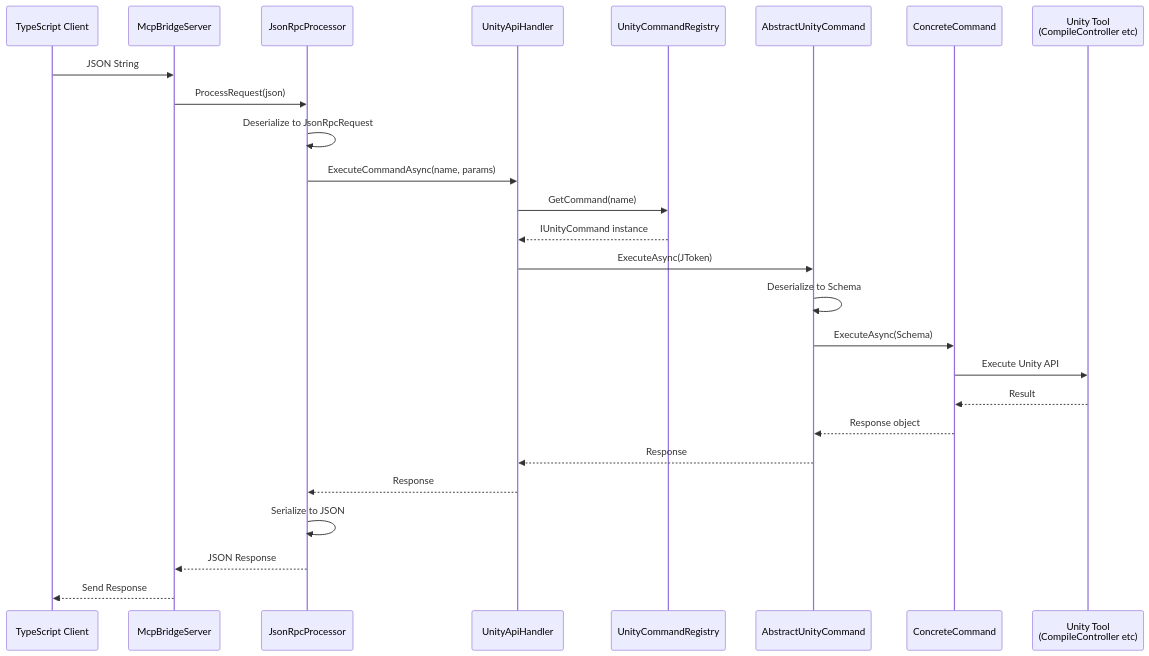
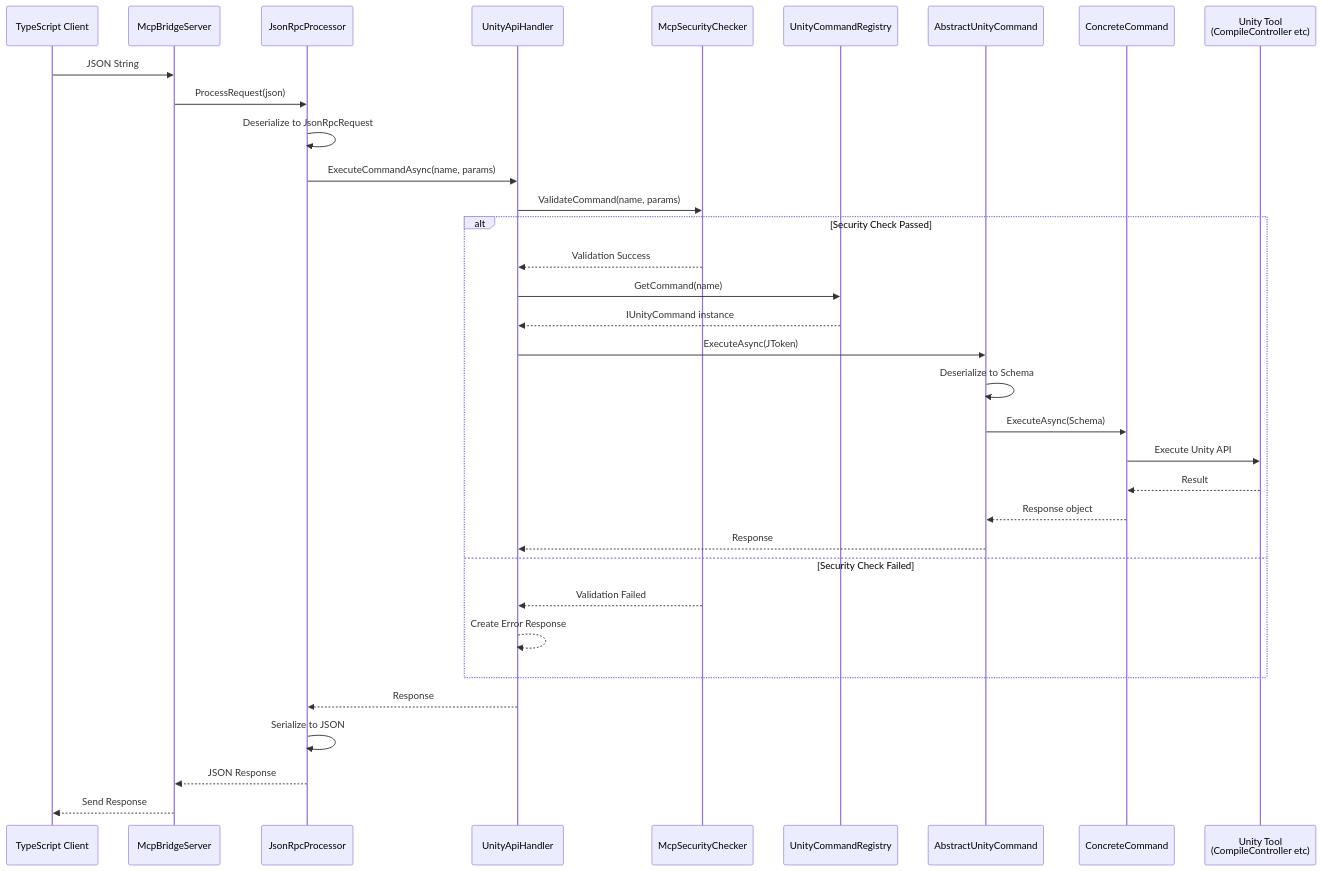
Before and after one commit to hatayama/uMCP: the fourth of 6 diagrams in Packages/src/Editor/ARCHITECTURE.md, drawn with Mermaid. The commit also changed other lines of this file and 3 other files, not shown here.

````diff
--- a/Packages/src/Editor/ARCHITECTURE.md
+++ b/Packages/src/Editor/ARCHITECTURE.md
@@ -307,29 +369,37 @@
 ```mermaid
 sequenceDiagram
     participant TS as TypeScript Client
     participant MB as McpBridgeServer
     participant JP as JsonRpcProcessor
     participant UA as UnityApiHandler
+    participant SC as McpSecurityChecker
     participant UR as UnityCommandRegistry
     participant AC as AbstractUnityCommand
     participant CC as ConcreteCommand
     participant UT as Unity Tool<br/>(CompileController etc)
 
     TS->>MB: JSON String
     MB->>JP: ProcessRequest(json)
     JP->>JP: Deserialize to JsonRpcRequest
     JP->>UA: ExecuteCommandAsync(name, params)
-    UA->>UR: GetCommand(name)
-    UR-->>UA: IUnityCommand instance
-    UA->>AC: ExecuteAsync(JToken)
-    AC->>AC: Deserialize to Schema
-    AC->>CC: ExecuteAsync(Schema)
-    CC->>UT: Execute Unity API
-    UT-->>CC: Result
-    CC-->>AC: Response object
-    AC-->>UA: Response
+    UA->>SC: ValidateCommand(name, params)
+    alt Security Check Passed
+        SC-->>UA: Validation Success
+        UA->>UR: GetCommand(name)
+        UR-->>UA: IUnityCommand instance
+        UA->>AC: ExecuteAsync(JToken)
+        AC->>AC: Deserialize to Schema
+        AC->>CC: ExecuteAsync(Schema)
+        CC->>UT: Execute Unity API
+        UT-->>CC: Result
+        CC-->>AC: Response object
+        AC-->>UA: Response
+    else Security Check Failed
+        SC-->>UA: Validation Failed
+        UA-->>UA: Create Error Response
+    end
     UA-->>JP: Response
     JP->>JP: Serialize to JSON
     JP-->>MB: JSON Response
     MB-->>TS: Send Response
 ```
````
